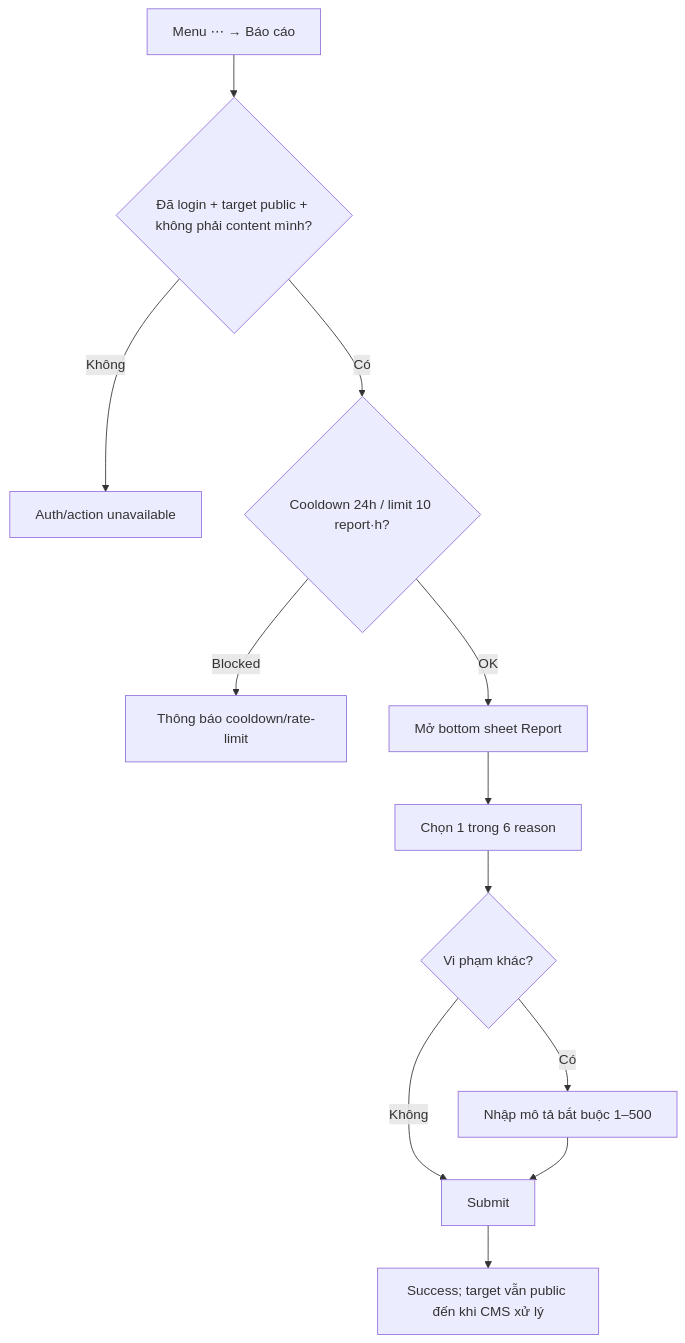
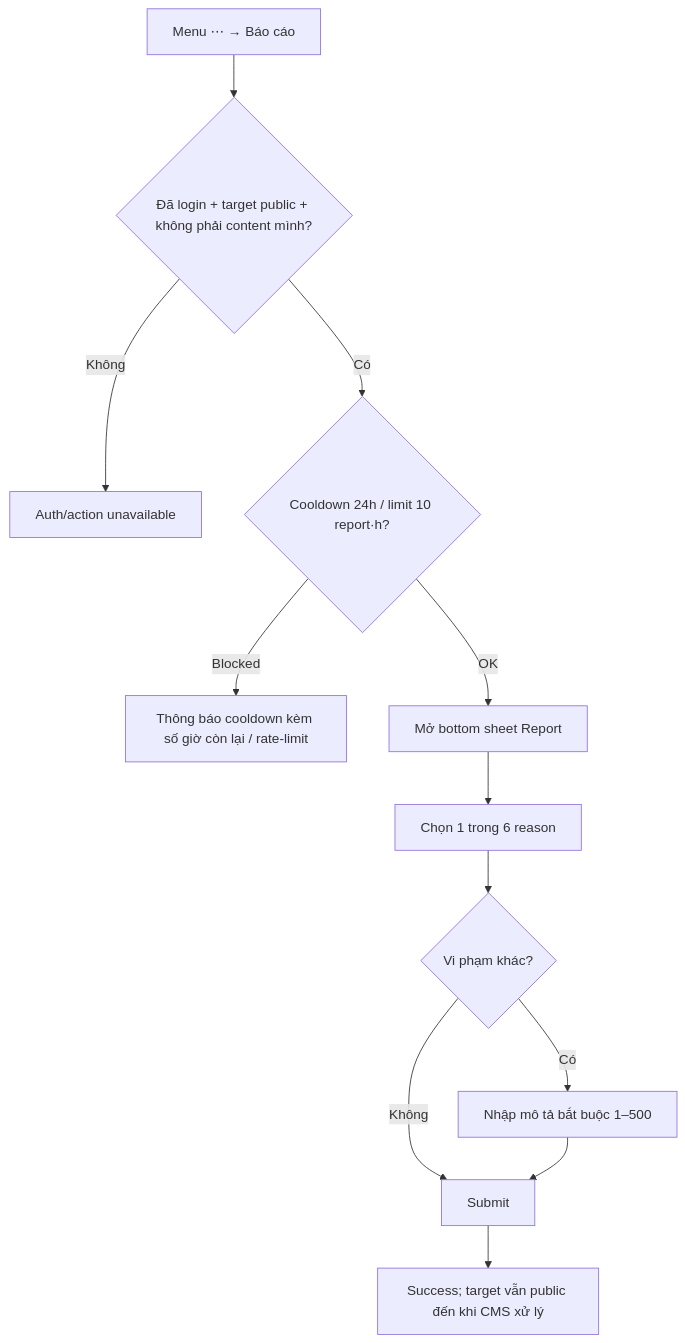
The diagram in EP03_AN_TOAN_VA_KIEM_DUYET/US10_USER_FLOW.md (TanUIUX/MyTV-Comment), drawn with Mermaid before and after one commit. The commit also changed other lines of this file and 15 other files, not shown here.

````diff
--- a/EP03_AN_TOAN_VA_KIEM_DUYET/US10_USER_FLOW.md
+++ b/EP03_AN_TOAN_VA_KIEM_DUYET/US10_USER_FLOW.md
@@ -7,14 +7,14 @@
 ```mermaid
 flowchart TD
  A[Menu ⋯ → Báo cáo] --> B{Đã login + target public + không phải content mình?}
  B -->|Không| C[Auth/action unavailable]
  B -->|Có| D{Cooldown 24h / limit 10 report·h?}
- D -->|Blocked| E[Thông báo cooldown/rate-limit]
+ D -->|Blocked| E["Thông báo cooldown kèm số giờ còn lại / rate-limit"]
  D -->|OK| F[Mở bottom sheet Report]
  F --> G[Chọn 1 trong 6 reason]
  G --> H{Vi phạm khác?}
  H -->|Có| I[Nhập mô tả bắt buộc 1–500]
  H -->|Không| J[Submit]
  I --> J
  J --> K[Success; target vẫn public đến khi CMS xử lý]
 ```
````
